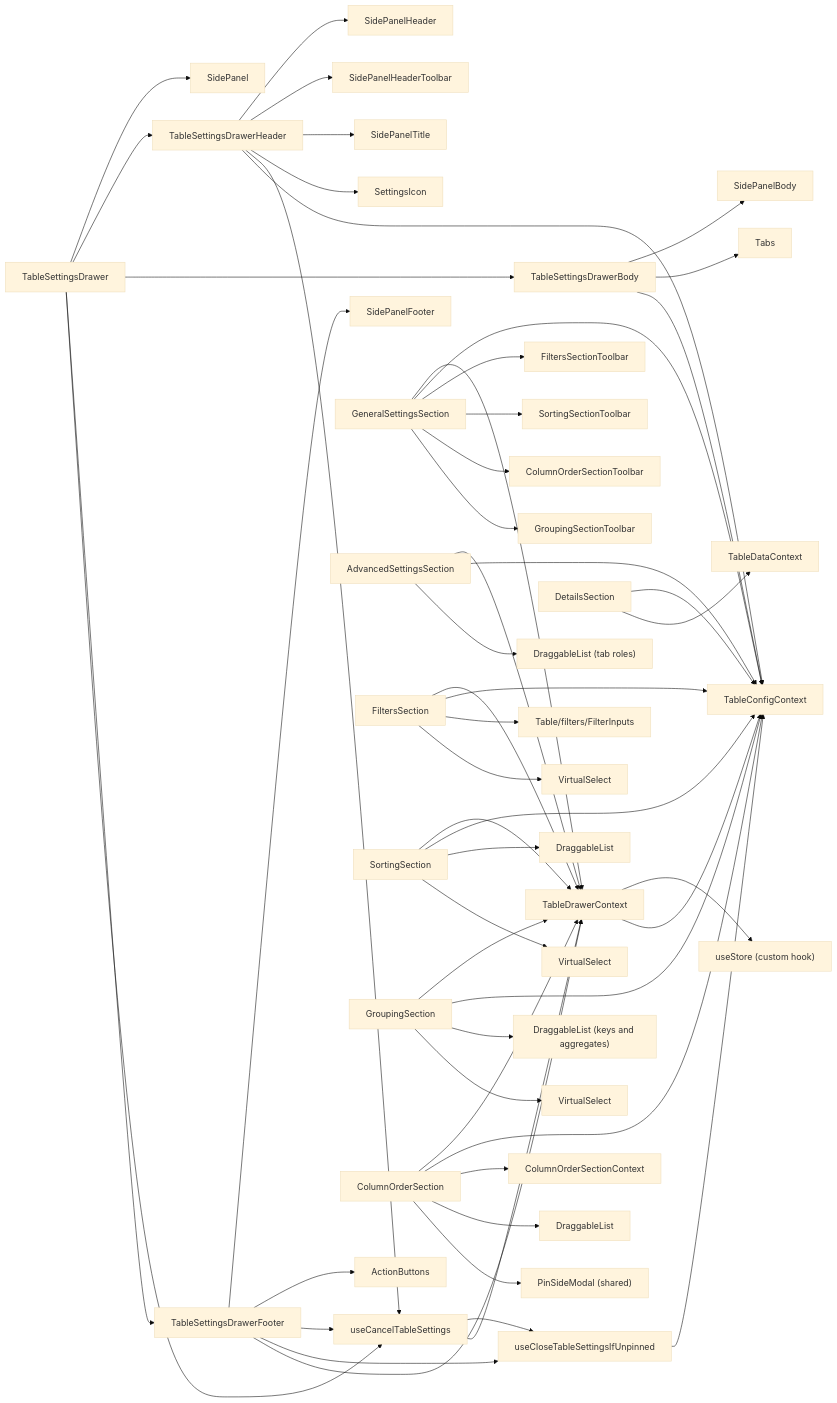
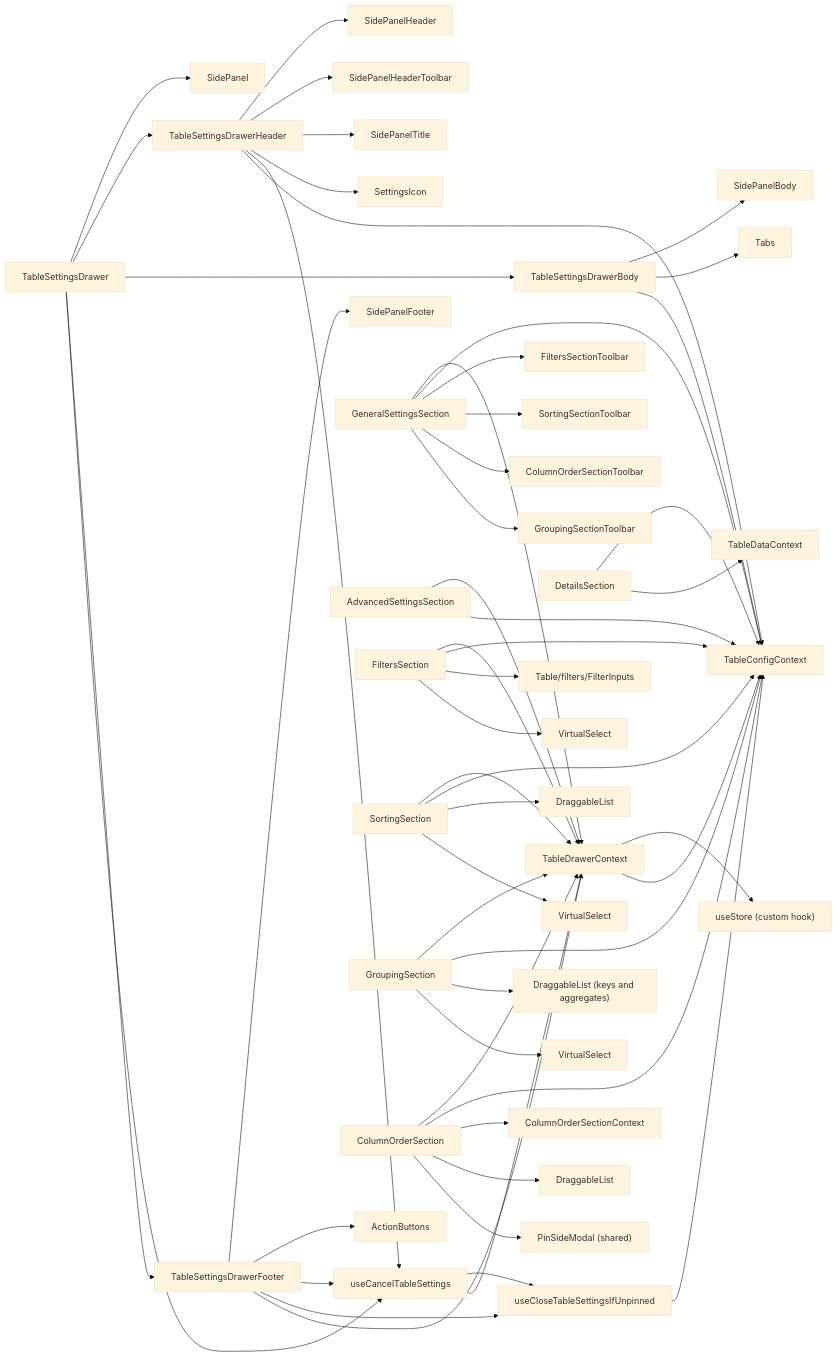
Before and after one commit to luciocabrera/lcabrera-stack: the first of 3 diagrams in packages/ui/src/components/Table/TableSettingsDrawer/ARCHITECTURE.md, drawn with Mermaid (base theme). The commit also changed other lines of this file and 19 other files, not shown here.

````diff
--- a/packages/ui/src/components/Table/TableSettingsDrawer/ARCHITECTURE.md
+++ b/packages/ui/src/components/Table/TableSettingsDrawer/ARCHITECTURE.md
@@ -140,67 +139,66 @@
 ```mermaid
 graph LR
   TSD["TableSettingsDrawer"] --> SidePanel
   TSD --> TSDHeader["TableSettingsDrawerHeader"]
   TSD --> TSDBody["TableSettingsDrawerBody"]
   TSD --> TSDFooter["TableSettingsDrawerFooter"]
   TSD --> CancelHook["useCancelTableSettings"]
 
   TSDHeader --> SidePanelHeader
   TSDHeader --> SidePanelHeaderToolbar
   TSDHeader --> SidePanelTitle
   TSDHeader --> SettingsIcon
   TSDHeader --> CancelHook
   TSDHeader --> TableConfigContext
 
   TSDBody --> SidePanelBody
   TSDBody --> Tabs
   TSDBody --> TableConfigContext
 
   TSDFooter --> SidePanelFooter
   TSDFooter --> ActionButtons
   TSDFooter --> CancelHook
   TSDFooter --> CloseHook["useCloseTableSettingsIfUnpinned"]
   TSDFooter --> TableDrawerContext
 
   CancelHook --> CloseHook
   CancelHook --> TableDrawerContext
   CloseHook --> TableConfigContext
 
   TableDrawerContext --> useStore["useStore (custom hook)"]
   TableDrawerContext --> TableConfigContext
 
   GeneralSettingsSection --> TableDrawerContext
   GeneralSettingsSection --> TableConfigContext
   GeneralSettingsSection --> FiltersSectionToolbar
   GeneralSettingsSection --> SortingSectionToolbar
   GeneralSettingsSection --> ColumnOrderSectionToolbar
   GeneralSettingsSection --> GroupingSectionToolbar
 
   AdvancedSettingsSection --> TableDrawerContext
   AdvancedSettingsSection --> TableConfigContext
-  AdvancedSettingsSection --> DraggableList4["DraggableList (tab roles)"]
 
   DetailsSection --> TableConfigContext
   DetailsSection --> TableDataContext
 
   FiltersSection --> TableDrawerContext
   FiltersSection --> TableConfigContext
   FiltersSection --> FilterInputs["Table/filters/FilterInputs"]
   FiltersSection --> VirtualSelect
 
   SortingSection --> TableDrawerContext
   SortingSection --> TableConfigContext
   SortingSection --> DraggableList
   SortingSection --> VirtualSelect2["VirtualSelect"]
 
   GroupingSection --> TableDrawerContext
   GroupingSection --> TableConfigContext
   GroupingSection --> DraggableList3["DraggableList (keys and aggregates)"]
   GroupingSection --> VirtualSelect3["VirtualSelect"]
 
   ColumnOrderSection --> TableDrawerContext
   ColumnOrderSection --> TableConfigContext
   ColumnOrderSection --> ColumnOrderSectionContext
   ColumnOrderSection --> DraggableList2["DraggableList"]
   ColumnOrderSection --> PinSideModal["PinSideModal (shared)"]
 ```
````
